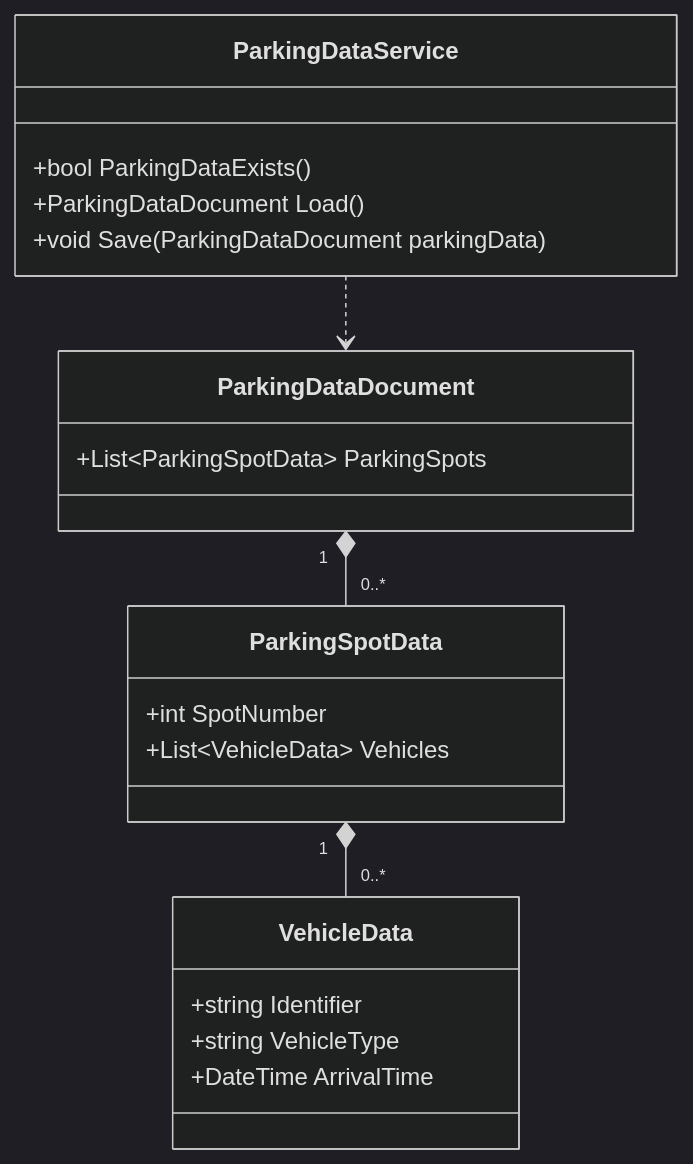
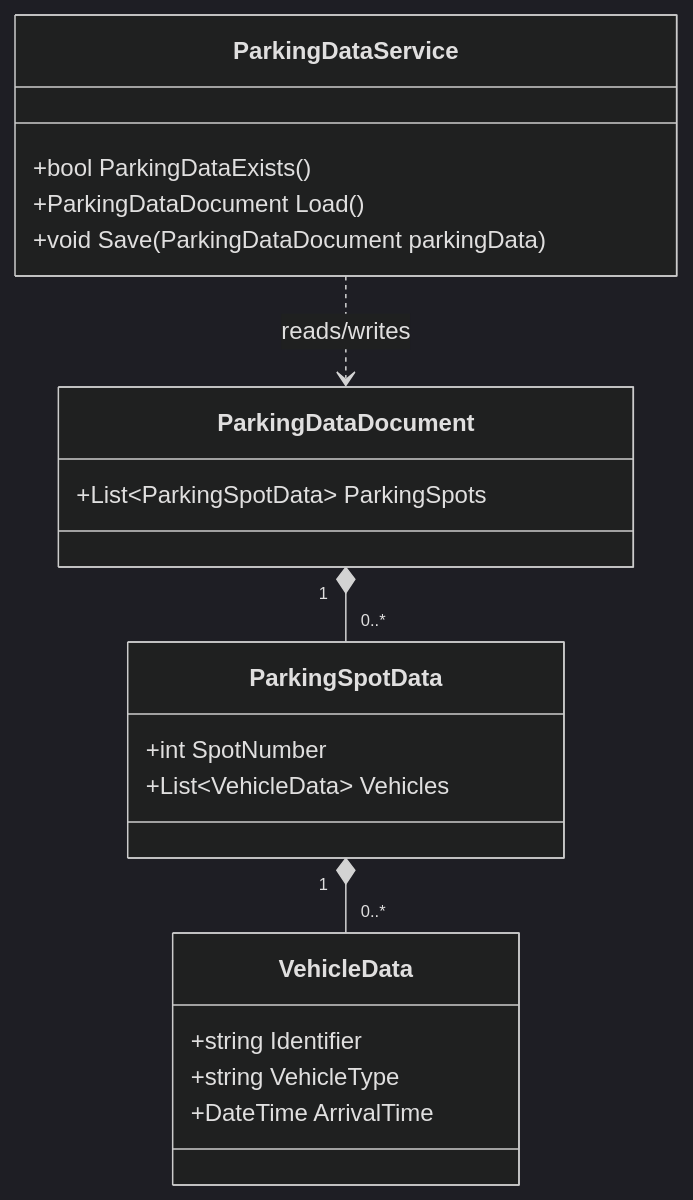
Before and after one commit to KYH-RAMI/CSharp-Assignments: the second of 2 diagrams in docs/class-diagram.md, drawn with Mermaid (dark theme). The commit also changed other lines of this file and 10 other files, not shown here.

````diff
--- a/docs/class-diagram.md
+++ b/docs/class-diagram.md
@@ -290,27 +280,29 @@
 ```mermaid
 classDiagram
+    direction TB
+
     class ParkingDataDocument {
         +List~ParkingSpotData~ ParkingSpots
     }
 
     class ParkingSpotData {
         +int SpotNumber
         +List~VehicleData~ Vehicles
     }
 
     class VehicleData {
         +string Identifier
         +string VehicleType
         +DateTime ArrivalTime
     }
 
     class ParkingDataService {
         +bool ParkingDataExists()
         +ParkingDataDocument Load()
         +void Save(ParkingDataDocument parkingData)
     }
 
     ParkingDataDocument "1" *-- "0..*" ParkingSpotData
     ParkingSpotData "1" *-- "0..*" VehicleData
-    ParkingDataService ..> ParkingDataDocument
+    ParkingDataService ..> ParkingDataDocument : reads/writes
 ```
````
